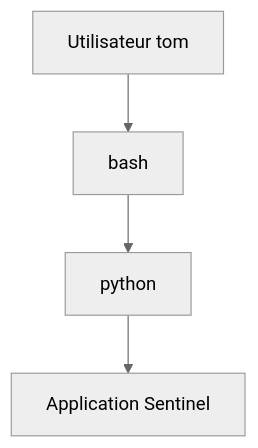
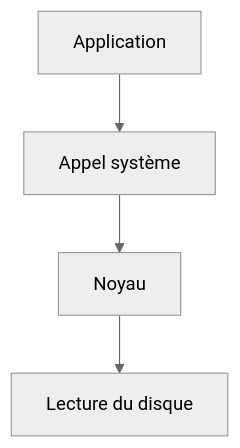
One commit to tdelaclos/formations changed the sixth of 16 diagrams in campagne 1/1.3.md. Above: the diagram before and after it, drawn with Mermaid (neutral theme). The commit also changed other lines of this file, not shown here.

````diff
--- a/campagne 1/1.3.md
+++ b/campagne 1/1.3.md
@@ -444,15 +358,15 @@
 ```mermaid
 flowchart TD
 
-A["Utilisateur tom"]
+A["Application"]
 
-B["bash"]
+B["Appel système"]
 
-C["python"]
+C["Noyau"]
 
-D["Application Sentinel"]
+D["Lecture du disque"]
 
 A --> B
 B --> C
 C --> D
 ```
````
